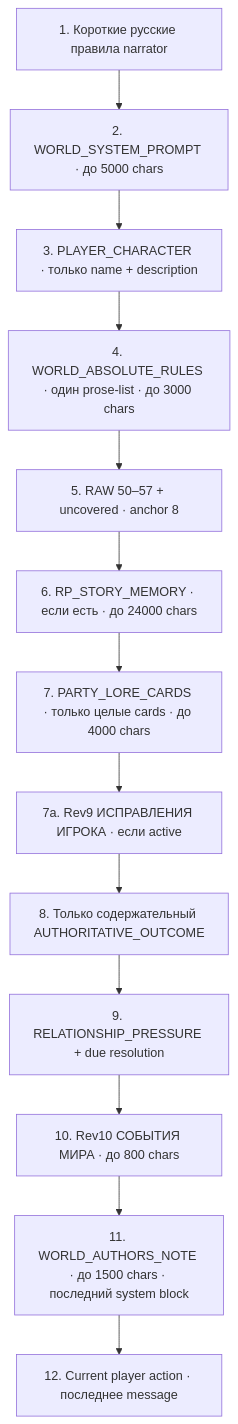
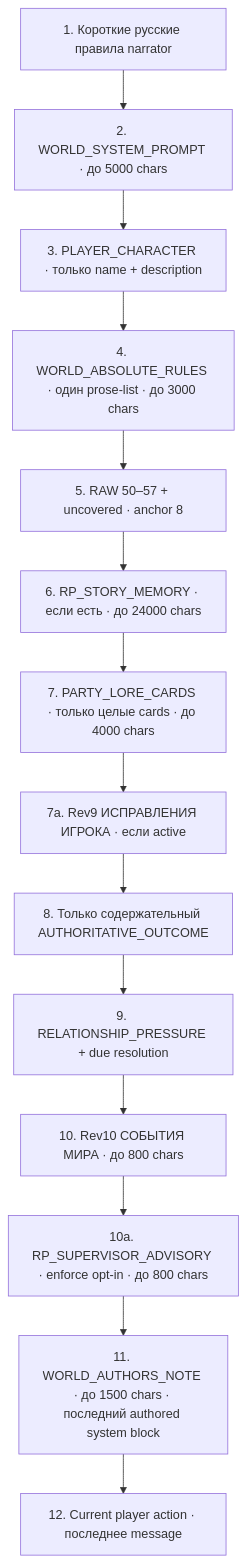
The sixth of 7 diagrams in docs/wiki/05-memory-and-retrieval.md (abykovwww-byte/ubuntu_ansible_palybooks), drawn with Mermaid before and after one commit. The commit also changed other lines of this file and 28 other files, not shown here.

````diff
--- a/docs/wiki/05-memory-and-retrieval.md
+++ b/docs/wiki/05-memory-and-retrieval.md
@@ -299,15 +299,16 @@
 ```mermaid
 flowchart TB
     A["1. Короткие русские правила narrator"] --> B["2. WORLD_SYSTEM_PROMPT · до 5000 chars"]
     B --> PC["3. PLAYER_CHARACTER · только name + description"]
     PC --> C["4. WORLD_ABSOLUTE_RULES · один prose-list · до 3000 chars"]
     C --> D["5. RAW 50–57 + uncovered · anchor 8"]
     D --> E["6. RP_STORY_MEMORY · если есть · до 24000 chars"]
     E --> F["7. PARTY_LORE_CARDS · только целые cards · до 4000 chars"]
     F --> C9["7a. Rev9 ИСПРАВЛЕНИЯ ИГРОКА · если active"]
     C9 --> G["8. Только содержательный AUTHORITATIVE_OUTCOME"]
     G --> H["9. RELATIONSHIP_PRESSURE + due resolution"]
     H --> WC["10. Rev10 СОБЫТИЯ МИРА · до 800 chars"]
-    WC --> I["11. WORLD_AUTHORS_NOTE · до 1500 chars · последний system block"]
+    WC --> RS["10a. RP_SUPERVISOR_ADVISORY · enforce opt-in · до 800 chars"]
+    RS --> I["11. WORLD_AUTHORS_NOTE · до 1500 chars · последний authored system block"]
     I --> J["12. Current player action · последнее message"]
 ```
````
